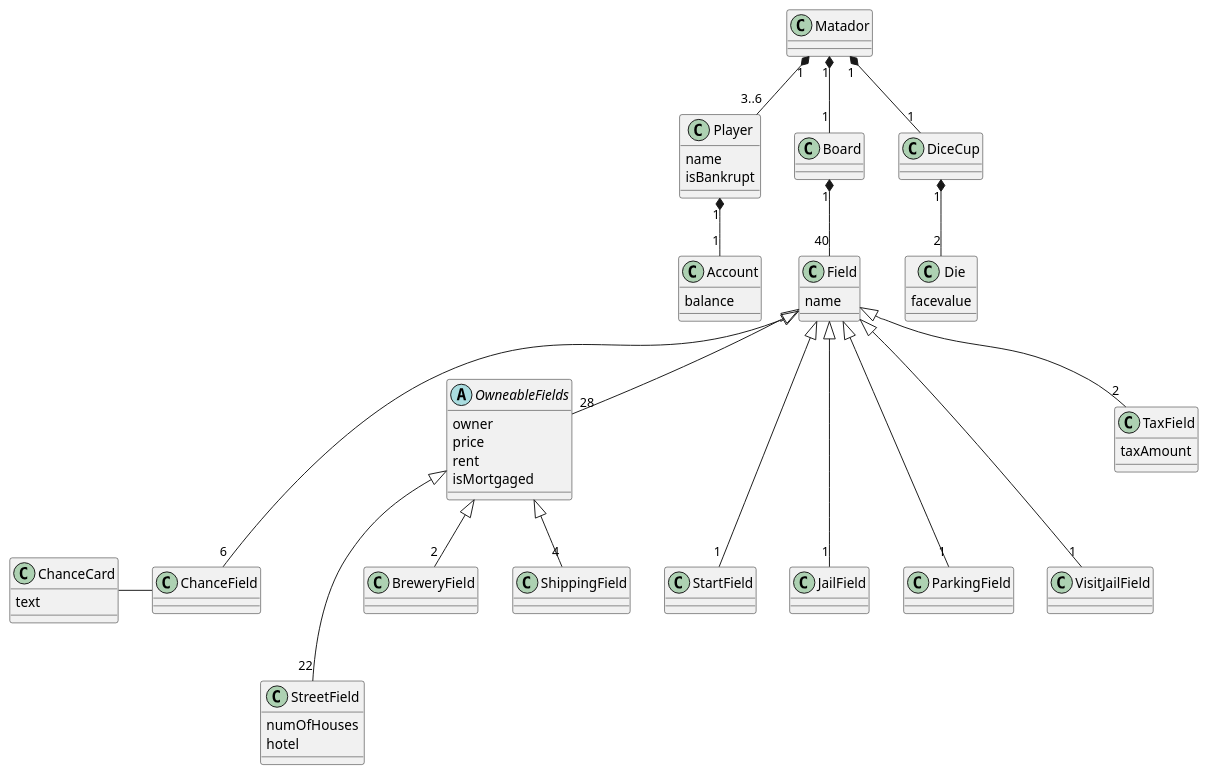
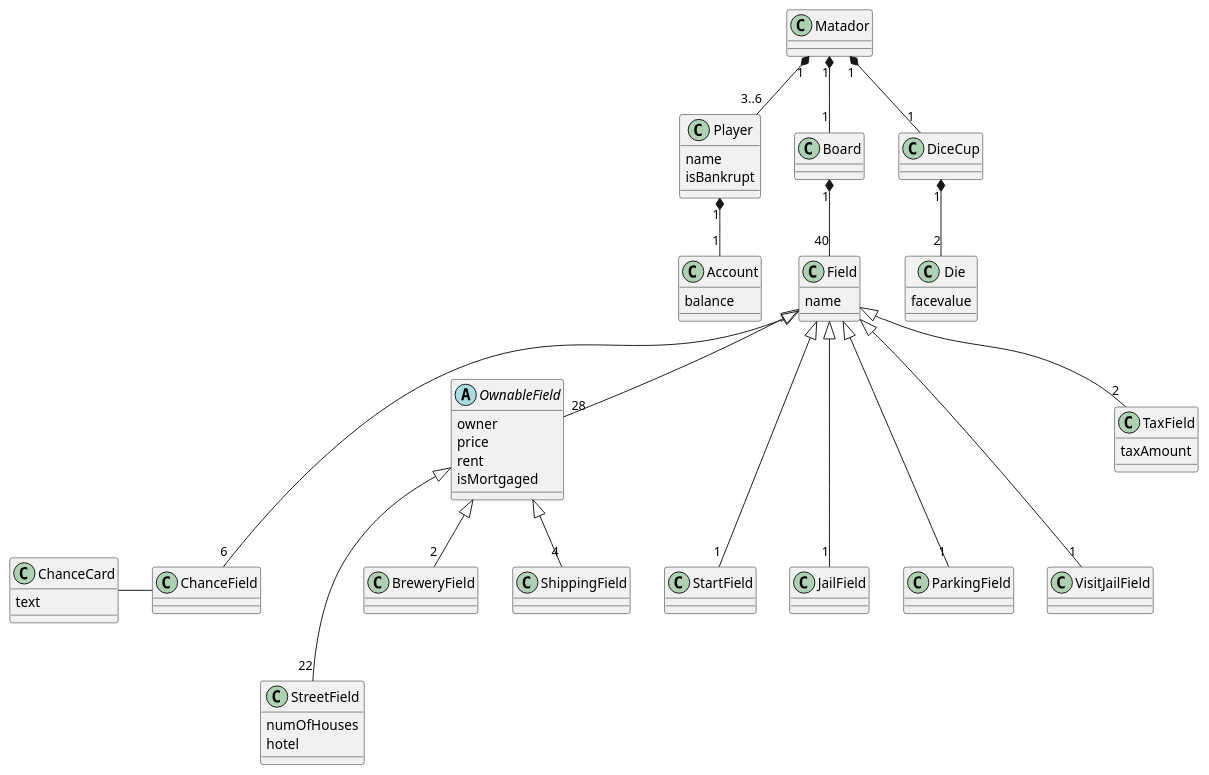
One commit to GabeKierk889/gruppe-18 changed the diagram in 18_final/UML/DomainModel.puml. Above: the diagram before and after it, drawn with PlantUML.

Commit message:
Fixed minor typo in domain model

```diff
--- a/18_final/UML/DomainModel.puml
+++ b/18_final/UML/DomainModel.puml
@@ -1,102 +1,102 @@
 @startuml
 'https://plantuml.com/class-diagram
 skinparam classAttributeIconSize 0
 
 class Matador {
 
 }
 
 class Player {
     name
     isBankrupt
 }
 
 class Board {
 
 }
 
 class Field {
     name
 }
 
 class Account {
     balance
 }
 
 class DiceCup {
 
 }
 
 class Die {
     facevalue
 
 }
 
 class ChanceCard {
     text
 }
 
-abstract class OwneableFields {
+abstract class OwnableField {
         owner
         price
         rent
         isMortgaged
 }
 
 class StartField {
 
 }
 
 class StreetField {
     numOfHouses
     hotel
 }
 
 class BreweryField {
 
 }
 
 class ShippingField {
 
 }
 
 class ChanceField {
 
 }
 
 class JailField {
 
 }
 
 class ParkingField {
 
 }
 
 class VisitJailField {
 
 }
 
 class TaxField {
     taxAmount
 }
 
 Matador "1" *-- "1" Board
 Matador "1" *-- "1" DiceCup
 Matador "1" *-- "3..6" Player
 Player "1" *-- "1" Account
 Board "1" *-- "40" Field
 Field <|--- "1" StartField
-OwneableFields <|--- "22" StreetField
+OwnableField <|--- "22" StreetField
 Field <|--- "6" ChanceField
 Field <|--- "1" JailField
 Field <|--- "1" ParkingField
 Field <|--- "1" VisitJailField
 ChanceCard - ChanceField
 DiceCup "1" *-- "2" Die
-Field <|-- "28" OwneableFields
-OwneableFields <|-- "2" BreweryField
-OwneableFields <|-- "4" ShippingField
+Field <|-- "28" OwnableField
+OwnableField <|-- "2" BreweryField
+OwnableField <|-- "4" ShippingField
 Field <|-- "2" TaxField
 
 
 @enduml
```
